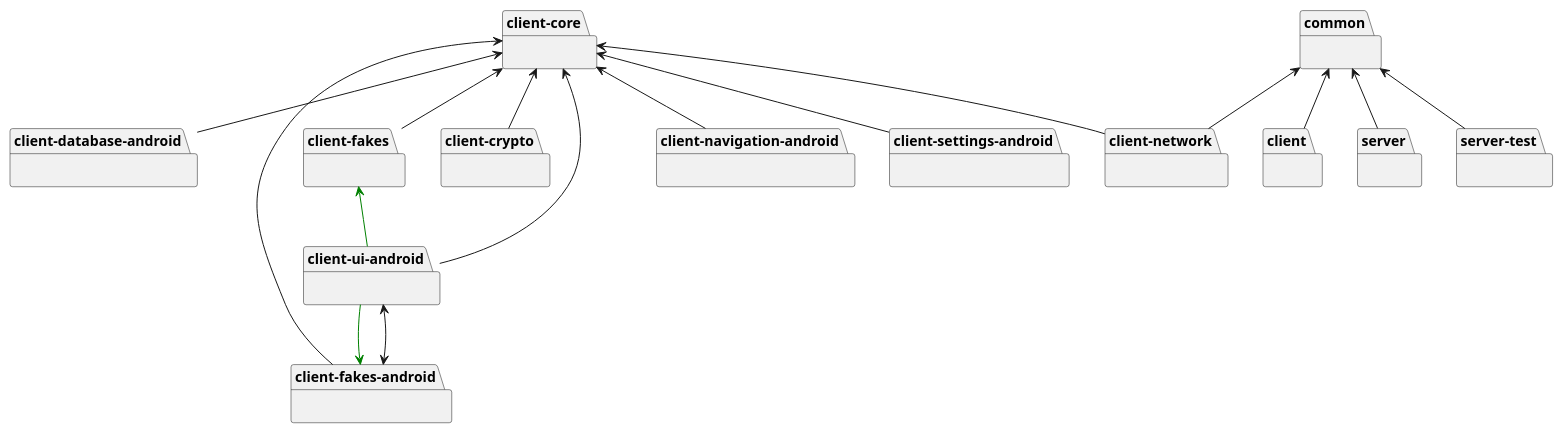
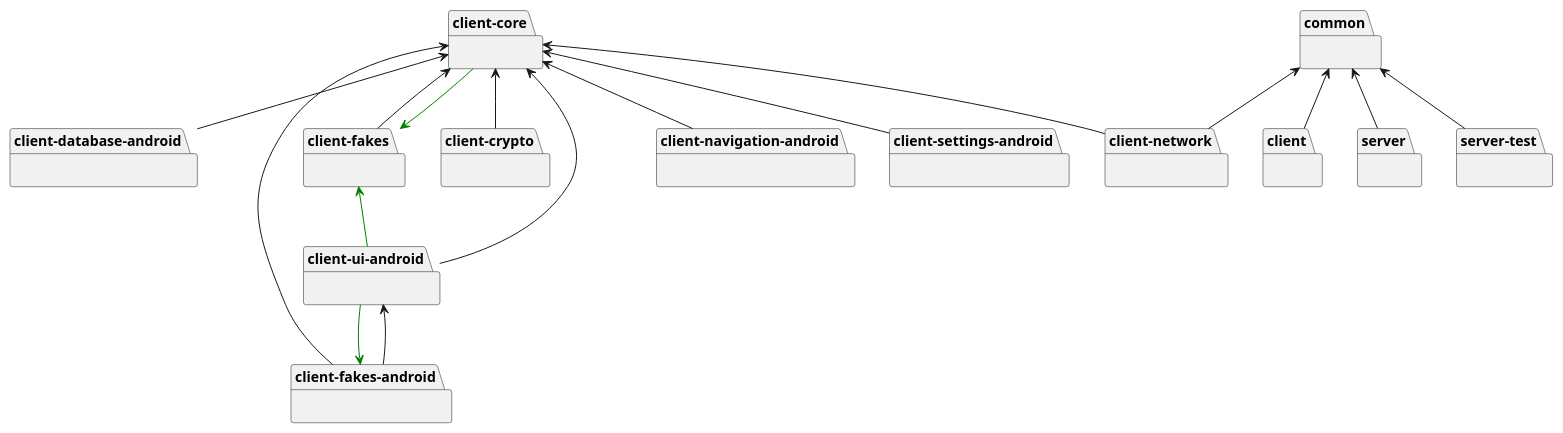
Before and after one commit to F1rst-Unicorn/stocks: the diagram in manual/development/diagrams/module-structure.plantuml, drawn with PlantUML. The commit also changed 33 other files, not shown here.

```diff
--- a/manual/development/diagrams/module-structure.plantuml
+++ b/manual/development/diagrams/module-structure.plantuml
@@ -19,34 +19,35 @@
 @startuml
 
 package "client-core" {}
 package "client-database-android" {}
 package "client-fakes-android" {}
 package "client-fakes" {}
 package "client-crypto" {}
 package "client-ui-android" {}
 package "client-navigation-android" {}
 package "client-network" {}
 package "client-settings-android" {}
 package "common" {}
 package "client" {}
 package "server" {}
 package "server-test" {}
 
 "client-core" <-- "client-database-android"
 "client-core" <-- "client-ui-android"
 "client-core" <-- "client-fakes-android"
 "client-core" <-- "client-navigation-android"
 "client-core" <-- "client-settings-android"
 "client-core" <-- "client-crypto"
 "client-core" <-- "client-fakes"
 "client-core" <-- "client-network"
 "common" <-- "client-network"
 "common" <-- "client"
 "common" <-- "server"
 "common" <-- "server-test"
 "client-ui-android" -[#green]-> "client-fakes-android"
-"client-ui-android" <--> "client-fakes-android"
+"client-ui-android" <-- "client-fakes-android"
 "client-fakes" <-[#green]- "client-ui-android"
+"client-fakes" <-[#green]- "client-core"
 
 
 @enduml
```
